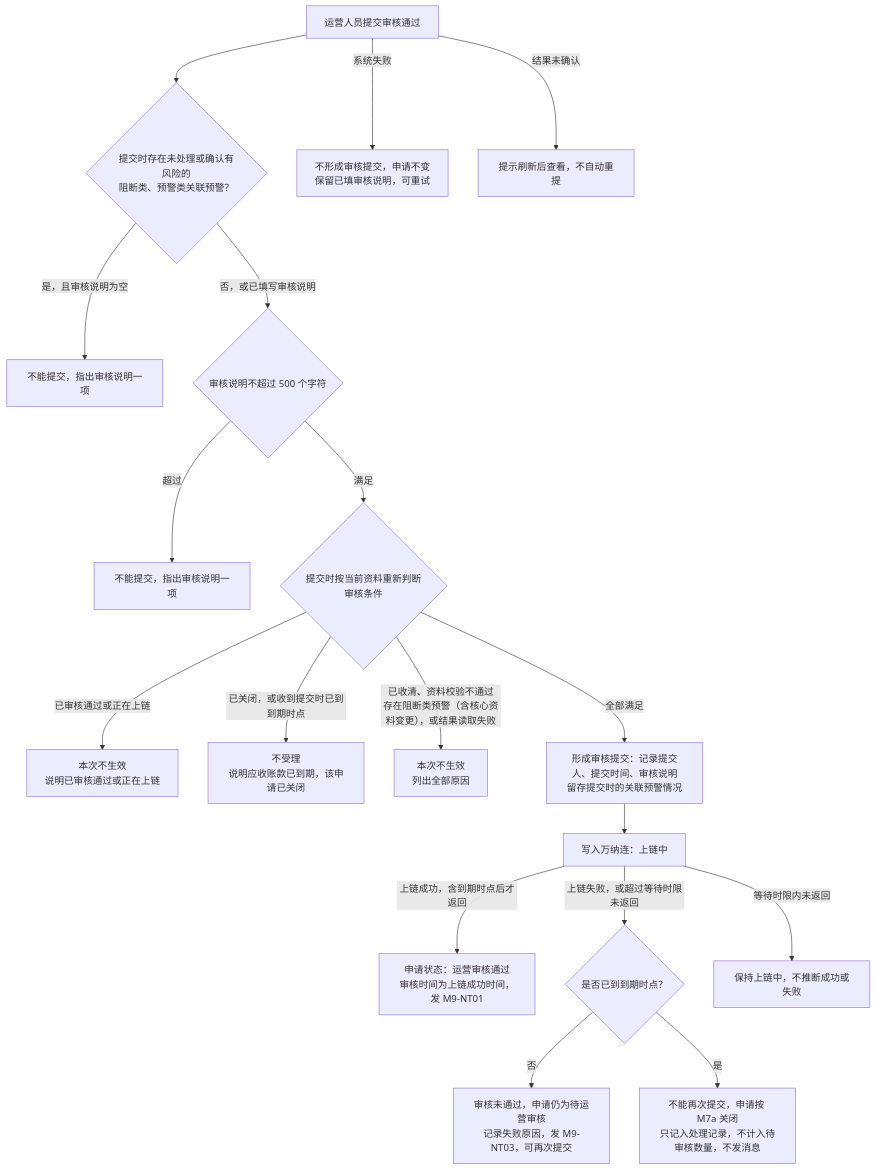
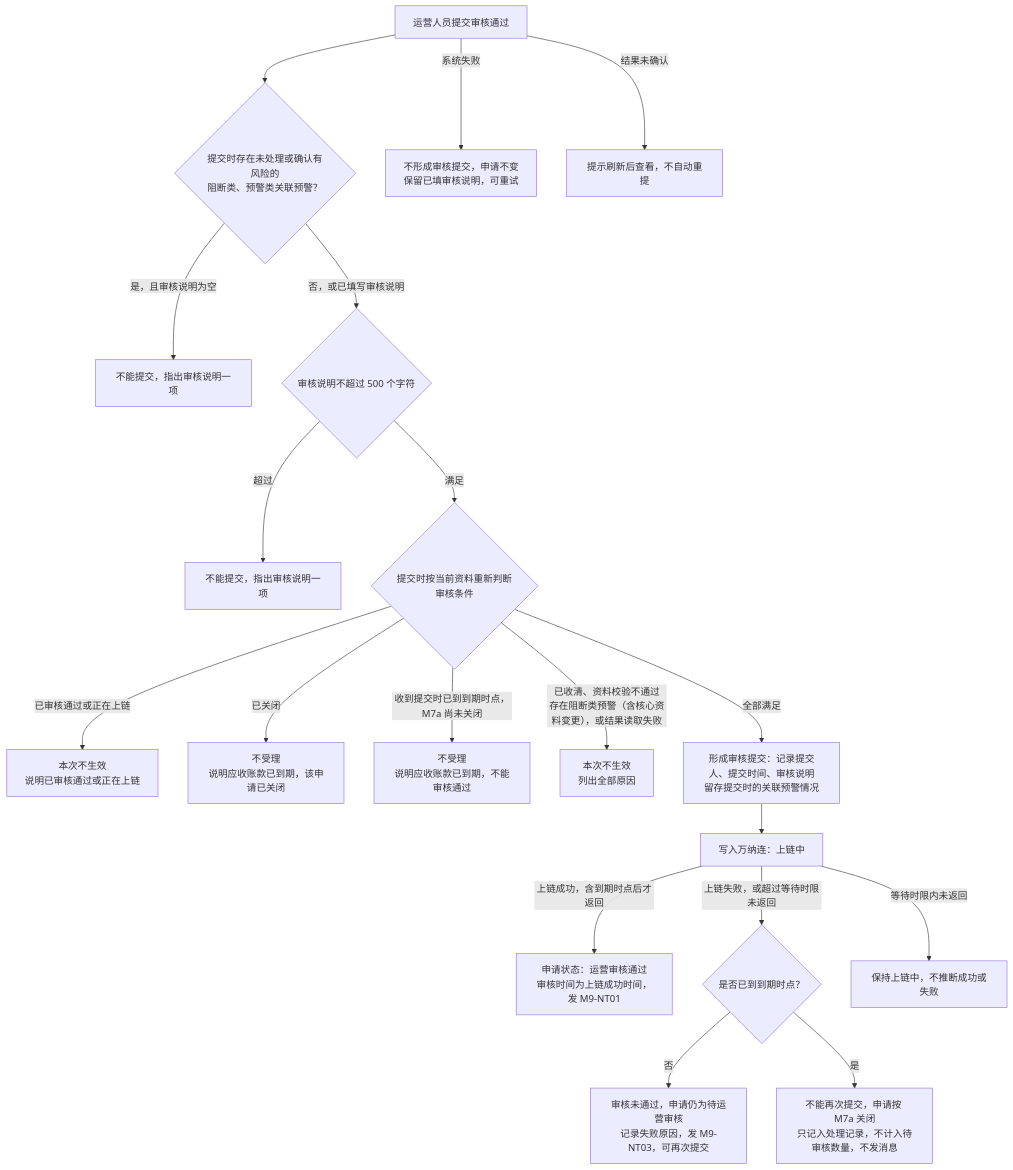
One commit to wxblockchain/Chain-Financing changed the second of 4 diagrams in asset-trust-platform/PRD/运营端/M9-运营审核/02-运营审核-流程图与状态机.md. Above: the diagram before and after it, drawn with Mermaid. The commit also changed 2 other files, not shown here.

Commit message:
prd(WS-676): settle M9 eval clarifications Q-EV-M9-07..08
- 07: late submission before M7a closes says 应收账款已到期，不能审核通过;
  already closed keeps 该申请已关闭 (6.1, fig M9-2)
- 08: provide each submission's on-chain-in-progress, success and
  failure results to M8 for in-financing vehicle occupancy and RK-01;
  does not change M9 results (6.3, dependencies, AC-M9-43)

````diff
--- a/asset-trust-platform/PRD/运营端/M9-运营审核/02-运营审核-流程图与状态机.md
+++ b/asset-trust-platform/PRD/运营端/M9-运营审核/02-运营审核-流程图与状态机.md
@@ -42,20 +42,21 @@
 ```mermaid
 flowchart TD
     A[运营人员提交审核通过] --> B{提交时存在未处理或确认有风险的<br/>阻断类、预警类关联预警？}
     B -->|是，且审核说明为空| B1[不能提交，指出审核说明一项]
     B -->|否，或已填写审核说明| B2{审核说明不超过 500 个字符}
     B2 -->|超过| B3[不能提交，指出审核说明一项]
     B2 -->|满足| C{提交时按当前资料重新判断审核条件}
     C -->|已审核通过或正在上链| C1[本次不生效<br/>说明已审核通过或正在上链]
-    C -->|已关闭，或收到提交时已到到期时点| C2[不受理<br/>说明应收账款已到期，该申请已关闭]
+    C -->|已关闭| C2[不受理<br/>说明应收账款已到期，该申请已关闭]
+    C -->|收到提交时已到到期时点，M7a 尚未关闭| C4[不受理<br/>说明应收账款已到期，不能审核通过]
     C -->|已收清、资料校验不通过<br/>存在阻断类预警（含核心资料变更），或结果读取失败| C3[本次不生效<br/>列出全部原因]
     C -->|全部满足| D[形成审核提交：记录提交人、提交时间、审核说明<br/>留存提交时的关联预警情况]
     D --> E[写入万纳连：上链中]
     E -->|上链成功，含到期时点后才返回| S[申请状态：运营审核通过<br/>审核时间为上链成功时间，发 M9-NT01]
     E -->|上链失败，或超过等待时限未返回| U{是否已到到期时点？}
     U -->|否| X[审核未通过，申请仍为待运营审核<br/>记录失败原因，发 M9-NT03，可再次提交]
     U -->|是| X2[不能再次提交，申请按 M7a 关闭<br/>只记入处理记录，不计入待审核数量，不发消息]
     E -->|等待时限内未返回| W[保持上链中，不推断成功或失败]
     A -->|系统失败| F[不形成审核提交，申请不变<br/>保留已填审核说明，可重试]
     A -->|结果未确认| G[提示刷新后查看，不自动重提]
 ```
````
